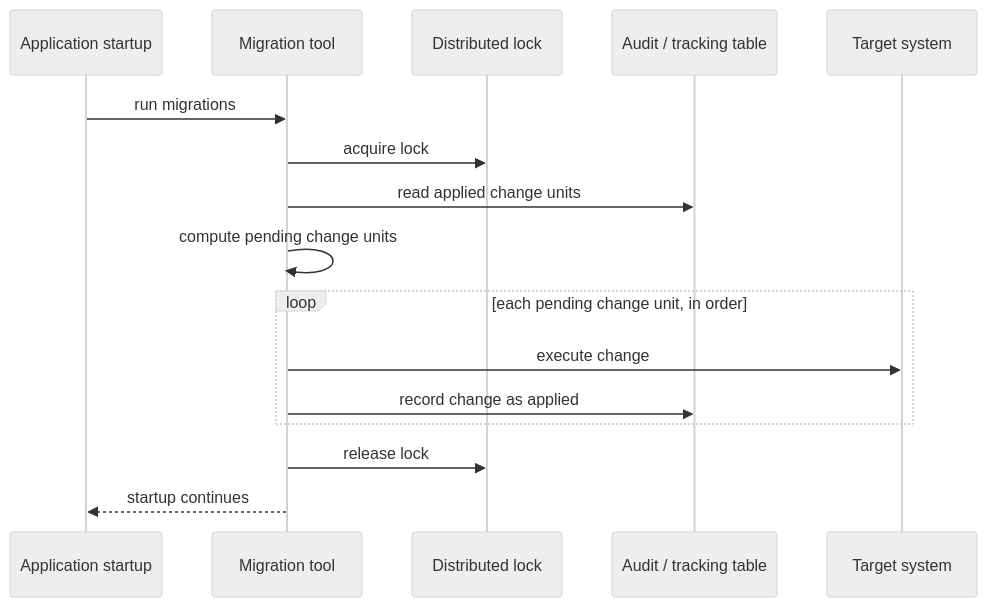
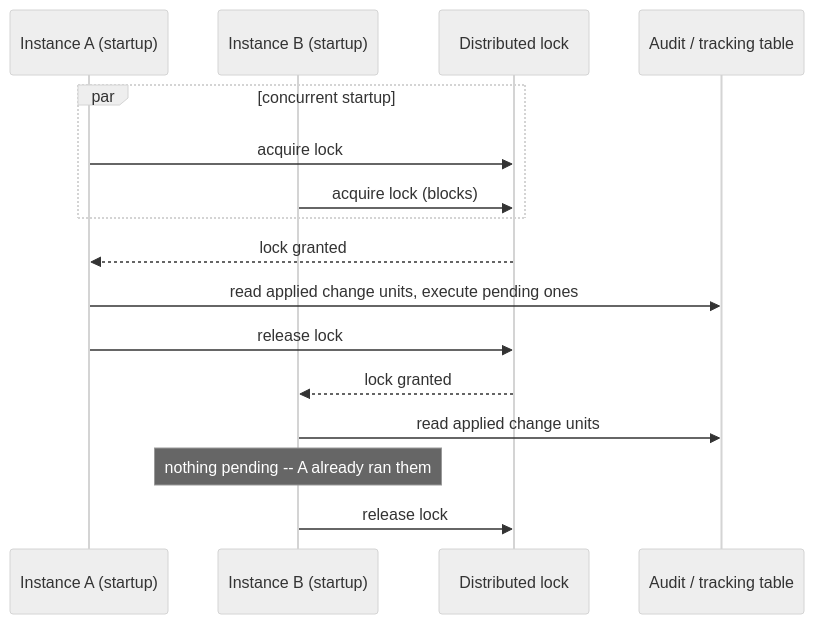
The diagram in modules/ROOT/pages/database/schema-evolution/core-concepts.adoc (albertoirurueta/docs), drawn with Mermaid (neutral theme) before and after one commit. The commit also changed other lines of this file and 5 other files, not shown here.

First line of the commit message:
Address PR #52 review: reconcile checksum/systemVersion/targetSystem claims, fix flowchart and anchor bugs

```diff
--- a/modules/ROOT/pages/database/schema-evolution/core-concepts.adoc
+++ b/modules/ROOT/pages/database/schema-evolution/core-concepts.adoc
@@ -15,19 +18,19 @@
 [mermaid]
 ....
 sequenceDiagram
-    participant App as Application startup
-    participant Tool as Migration tool
+    participant A as Instance A (startup)
+    participant B as Instance B (startup)
     participant Lock as Distributed lock
     participant Audit as Audit / tracking table
-    participant DB as Target system
-    App->>Tool: run migrations
-    Tool->>Lock: acquire lock
-    Tool->>Audit: read applied change units
-    Tool->>Tool: compute pending change units
-    loop each pending change unit, in order
-        Tool->>DB: execute change
-        Tool->>Audit: record change as applied
+    par concurrent startup
+        A->>Lock: acquire lock
+        B->>Lock: acquire lock (blocks)
     end
-    Tool->>Lock: release lock
-    Tool-->>App: startup continues
+    Lock-->>A: lock granted
+    A->>Audit: read applied change units, execute pending ones
+    A->>Lock: release lock
+    Lock-->>B: lock granted
+    B->>Audit: read applied change units
+    Note over B: nothing pending -- A already ran them
+    B->>Lock: release lock
 ....
```
